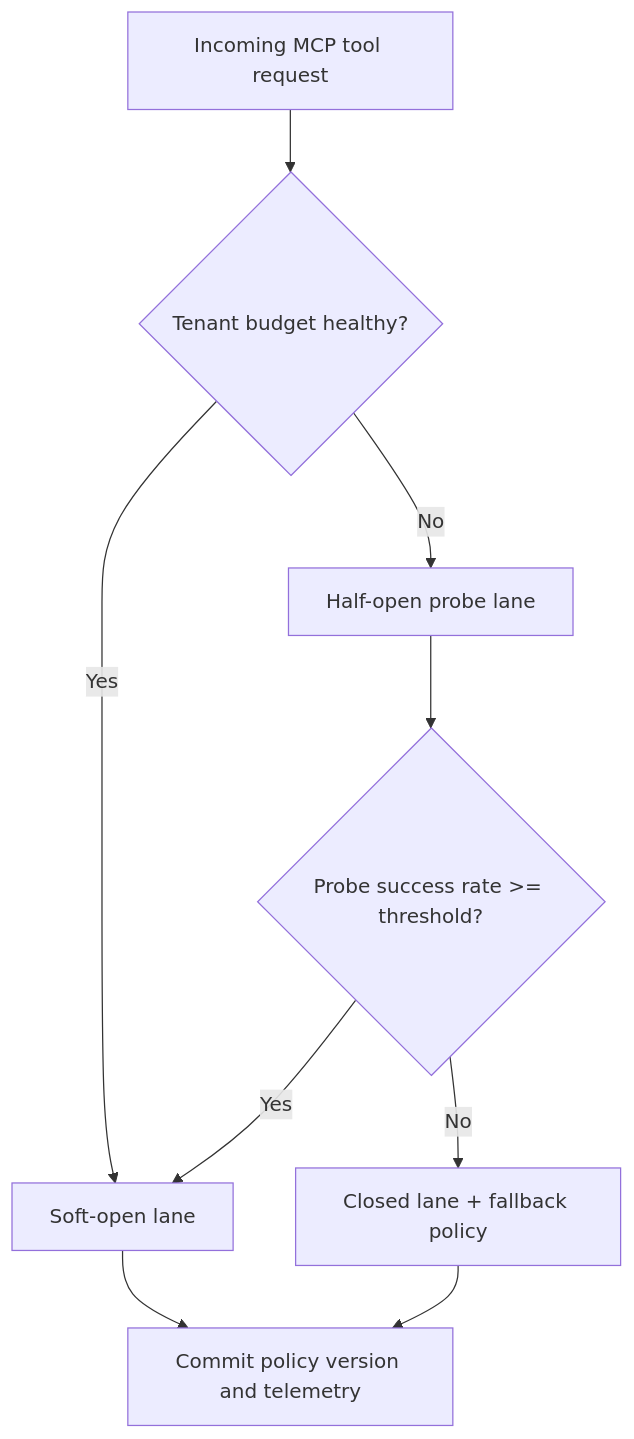
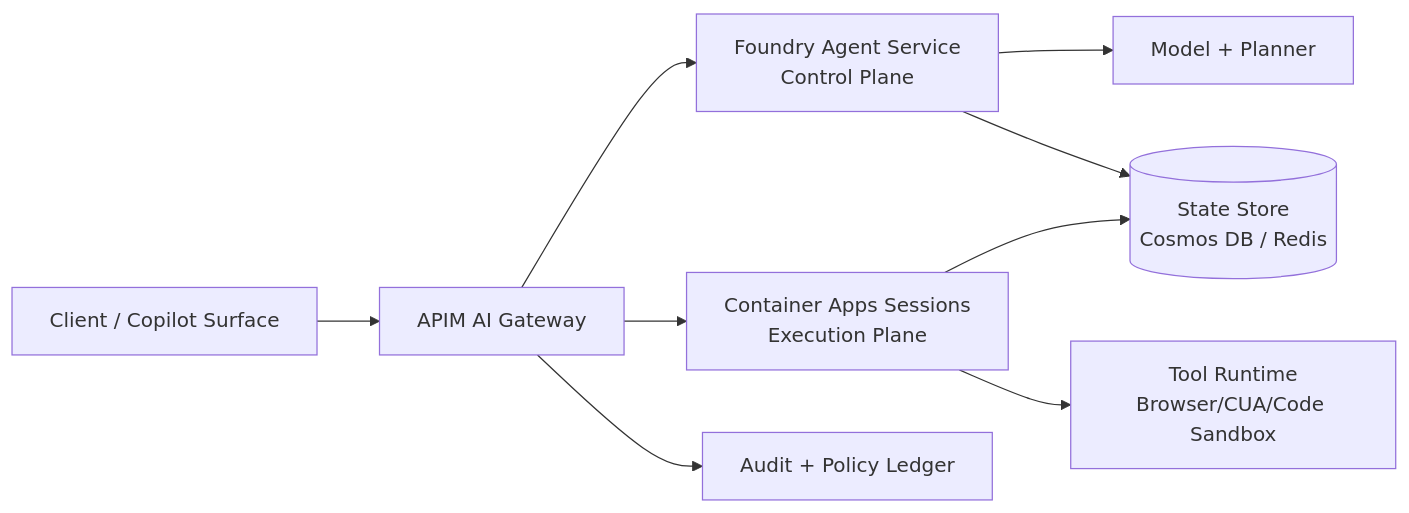
Before and after one commit to turbo998/ai-infra-lab: the diagram in workshops/azure-agent-infra/agent-apim-mcp-latency-safefallback-selection-faq.en.md, drawn with Mermaid. The commit also changed other lines of this file and 3509 other files, not shown here.

````diff
--- a/workshops/azure-agent-infra/agent-apim-mcp-latency-safefallback-selection-faq.en.md
+++ b/workshops/azure-agent-infra/agent-apim-mcp-latency-safefallback-selection-faq.en.md
@@ -24,11 +28,11 @@
 ```mermaid
-flowchart TD
-  A[Incoming MCP tool request] --> B{Tenant budget healthy?}
-  B -- Yes --> C[Soft-open lane]
-  B -- No --> D[Half-open probe lane]
-  D --> E{Probe success rate >= threshold?}
-  E -- Yes --> C
-  E -- No --> F[Closed lane + fallback policy]
-  C --> G[Commit policy version and telemetry]
-  F --> G
+flowchart LR
+  U[Client / Copilot Surface] --> G[APIM AI Gateway]
+  G --> F[Foundry Agent Service\nControl Plane]
+  G --> A[Container Apps Sessions\nExecution Plane]
+  F --> M[Model + Planner]
+  A --> T[Tool Runtime\nBrowser/CUA/Code Sandbox]
+  F --> S[(State Store\nCosmos DB / Redis)]
+  A --> S
+  G --> L[Audit + Policy Ledger]
 ```
````
